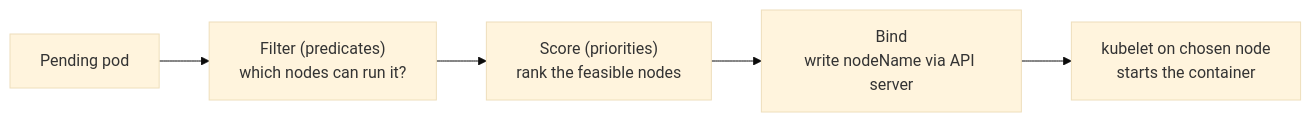
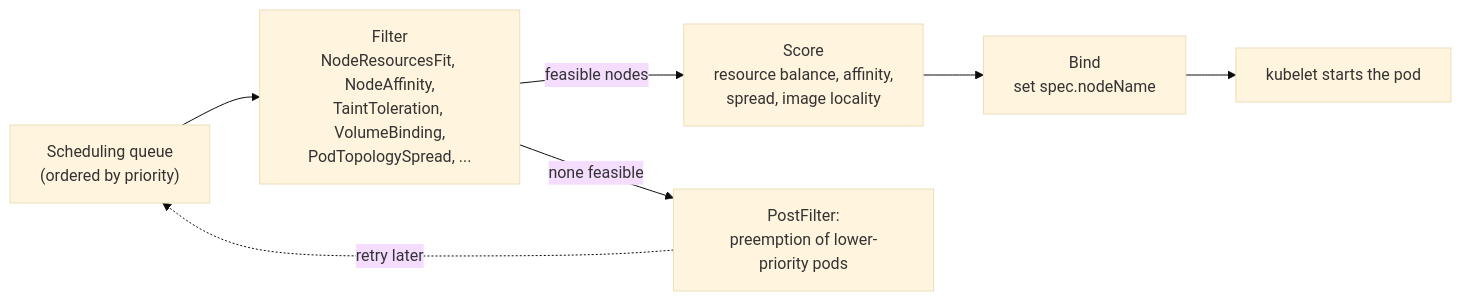
The fourth of 5 diagrams in github-pages/docs/technology/kubernetes/fundamentals-resources.md (AndrewAltimit/Documentation), drawn with Mermaid (base theme) before and after one commit. The commit also changed other lines of this file and 240 other files, not shown here.

````diff
--- a/github-pages/docs/technology/kubernetes/fundamentals-resources.md
+++ b/github-pages/docs/technology/kubernetes/fundamentals-resources.md
@@ -222,7 +286,9 @@
 ```mermaid
 flowchart LR
-    P[Pending pod] --> F["Filter (predicates)<br/>which nodes can run it?"]
-    F --> S["Score (priorities)<br/>rank the feasible nodes"]
-    S --> B["Bind<br/>write nodeName via API server"]
-    B --> K[kubelet on chosen node<br/>starts the container]
+    Q["Scheduling queue<br/>(ordered by priority)"] --> F["Filter<br/>NodeResourcesFit, NodeAffinity,<br/>TaintToleration, VolumeBinding,<br/>PodTopologySpread, ..."]
+    F -->|"feasible nodes"| S["Score<br/>resource balance, affinity,<br/>spread, image locality"]
+    F -->|"none feasible"| PE["PostFilter:<br/>preemption of lower-priority pods"]
+    S --> B["Bind<br/>set spec.nodeName"]
+    B --> K["kubelet starts the pod"]
+    PE -.->|"retry later"| Q
 ```
````
